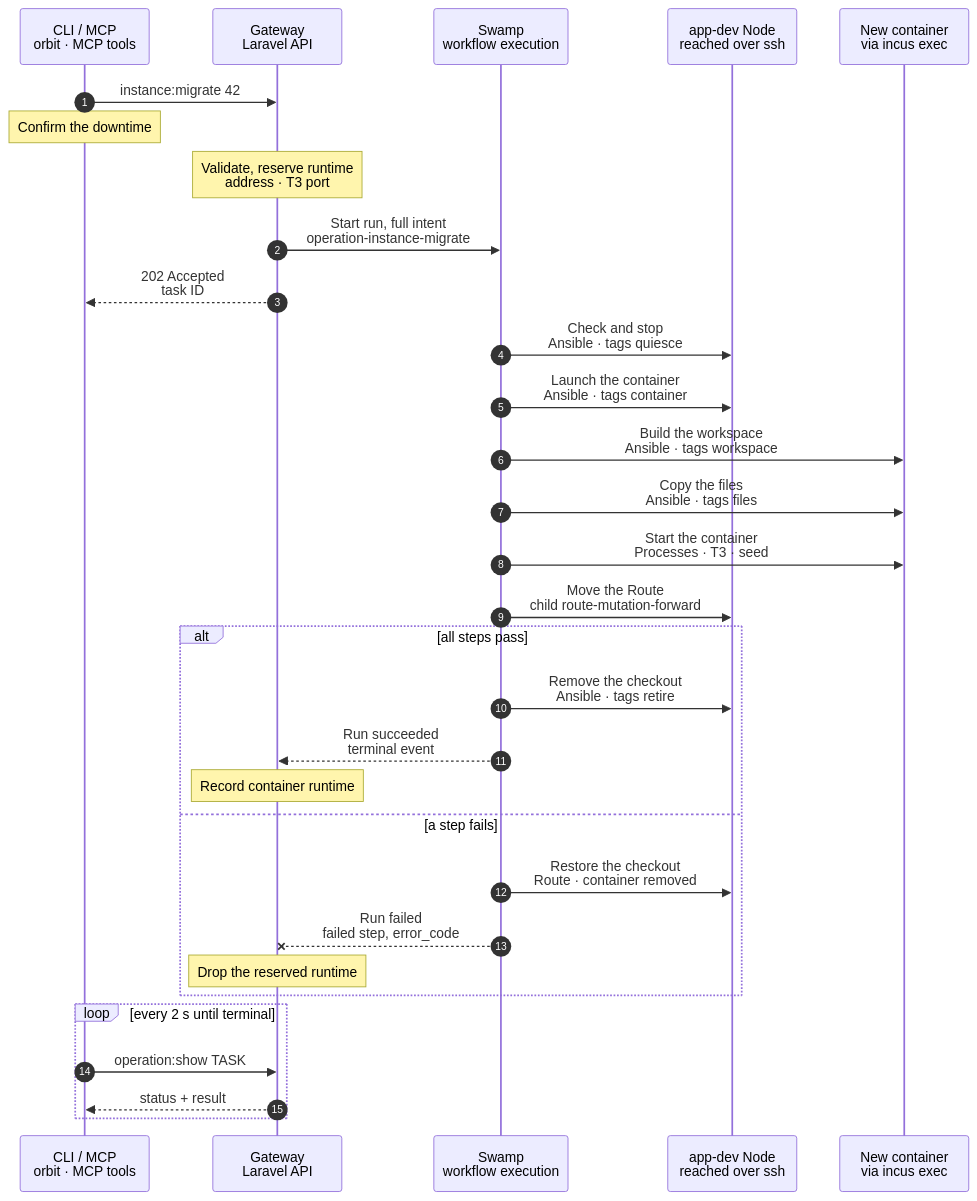
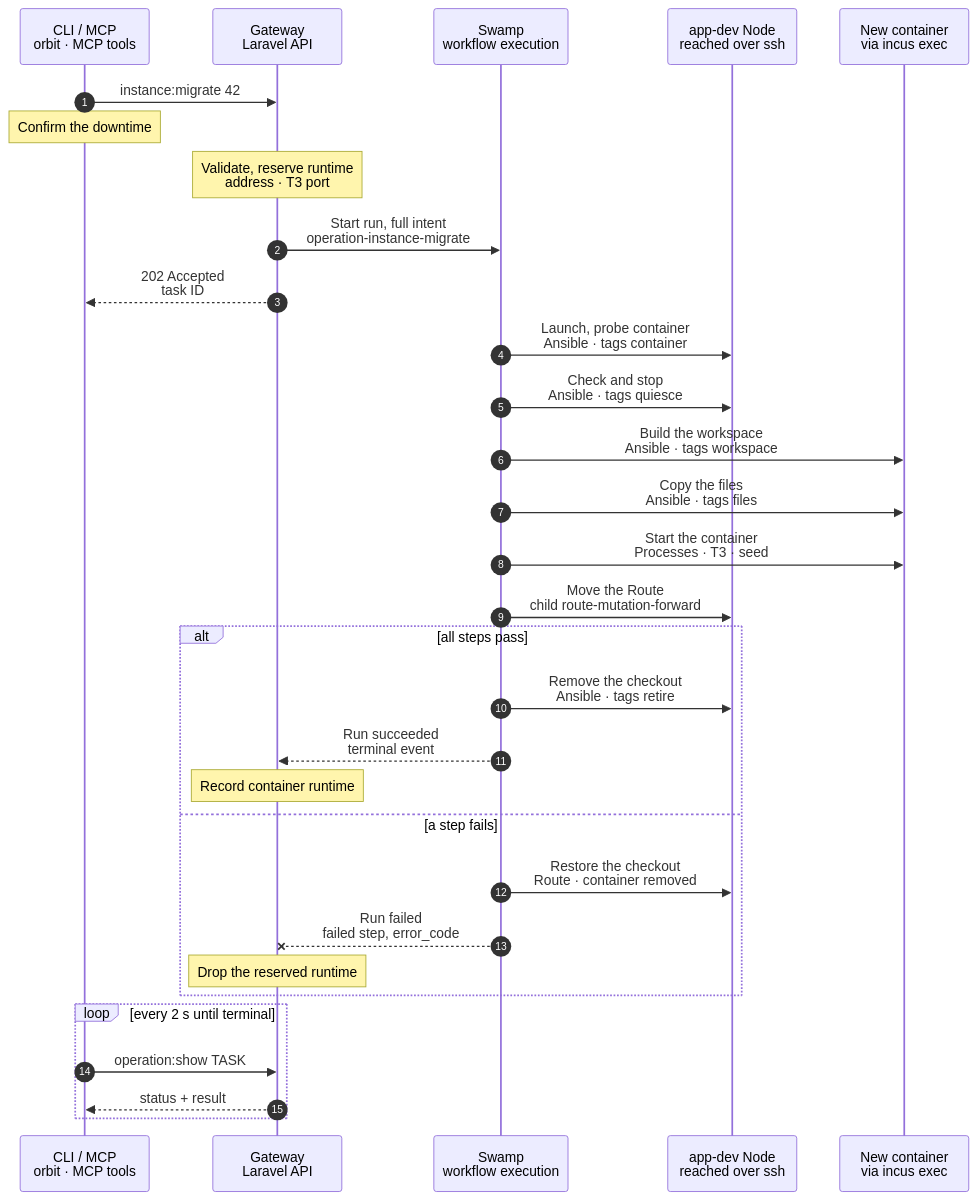
The diagram in docs/cli/instance/migrate.mmd (hardimpactdev/orbit), drawn with Mermaid before and after one commit. The commit also changed 3 other files, not shown here.

Commit message:
Specify NIC egress enforcement and probe migration targets before downtime

```diff
--- a/docs/cli/instance/migrate.mmd
+++ b/docs/cli/instance/migrate.mmd
@@ -1,96 +1,97 @@
 sequenceDiagram
   %% Container runtime (ADR 0250 step 8, docs/reference/development-containers.md#migrate-a-checkout-instance): one checkout Instance moves into a container, with its code. Its database stays where it is, and the container gets its own way to it. A default Instance moves before the other Instances of its Project, and keeps its checkout until its last worktree has moved. The command exists only until the last checkout Instance has moved (docs/reference/old-paths.md). The container steps are the phases of docs/cli/instance/container/create-default.mmd and create.mmd.
   %% status: draft
   %% command: instance:migrate
   %% kind: instance.migrate
   autonumber
   %% lane CLI icon=terminal pill=caller tone=gray
   %% lane GW icon=gateway pill=intent tone=blue
   %% lane SW icon=workflow pill=executes tone=green
   %% lane N icon=server pill=target tone=amber
   %% lane C icon=server pill=target tone=purple
   participant CLI as CLI / MCP<br/>orbit · MCP tools
   participant GW as Gateway<br/>Laravel API
   participant SW as Swamp<br/>workflow execution
   participant N as app-dev Node<br/>reached over ssh
   participant C as New container<br/>via incus exec
   CLI->>GW: instance:migrate 42
   %%> Command:
   %%> - `orbit instance:migrate INSTANCE`
   %%> - syntax: `<instance> [--force] [--idempotency-key=KEY] [--json]`
   Note over CLI: Confirm the downtime
   %%> What it asks:
   %%> - the Instance goes down during the move, and its checkout is deleted after it; `--force` answers yes
   Note over GW: Validate, reserve runtime<br/>address · T3 port
   %%> Requirements:
   %%> - the Instance is an active checkout Instance on an `app-dev` Node of the build list, else `instance.migrate_unsupported`
   %%> - a non-default Instance needs its Project's default Instance in a container first, else `instance.default_not_migrated`
   %%> - the Instance has only ordinary systemd Processes, no Node-bound presets, no unfinished deployment or Process operation/runtime cleanup and no Route beside its own; a non-default Instance needs Conn and the model router, as a clone does
   %%> - a web-serving Project names its PHP version; a missing version refuses with `project.source_defaults_incomplete`, naming `orbit project:update PROJECT --source-access=github_app` to record it from source
   %%> - a database on a Database server has an IPv4 address and a port, else `instance.database_clone_unsupported`
   %%> Result:
   %%> - the runtime record is reserved: the next bridge address and, for a non-default Instance, the lowest free T3 port
   %%> - the checkout stays the Instance's runtime until the Route has moved; the Route's Node is held for the run
   %%> - the Instance takes no deployment and no wake while the run lasts
   %%> - a non-default Instance's placeholder model key goes to the vault
   GW->>SW: Start run, full intent<br/>operation-instance-migrate
   GW-->>CLI: 202 Accepted<br/>task ID
+  SW->>N: Launch, probe container<br/>Ansible · tags container
+  %%> What it does:
+  %%> - before any Node change, checks the recorded branch and every planned retirement; a refusal leaves prior resources untouched
+  %%> - deletes a container that an earlier failed move left, then creates and starts the new container through the shared container phase
+  %%> - each attached target has an exact TCP allow in the NIC ACL; the bridge passes egress to that default-reject NIC policy
+  %%> - probes every attached target from inside the container before downtime, else `instance.database_unreachable`
+  %%> - fetches the branch from the checkout into the Node's mirror, including commits never pushed
   SW->>N: Check and stop<br/>Ansible · tags quiesce
   %%> What it does:
-  %%> - before any Node change, checks every planned retirement: no other worktree on its Git directory and no tracked or non-ignored untracked changes, else `instance.migrate_retirement_blocked`; the error names the checkout, blocking paths and total counts (first 20 per list)
-  %%> - checks that the checkout is on the recorded branch, else `instance.migrate_branch_changed`
-  %%> - deletes a container that an earlier failed move left
-  %%> - stops and disables the Instance's host Process units, then removes the awake marker so nothing writes the checkout or database during the move
-  SW->>N: Launch the container<br/>Ansible · tags container
-  %%> What it does:
-  %%> - creates the container from the image with its bridge address and ACL, and starts it
-  %%> - a database on a Database server: the ACL and a firewall rule on the Node let the container reach the server's port
-  %%> - fetches the Instance's branch from the checkout into the Node's mirror, with its commits that were never pushed
+  %%> - repeats the branch and retirement checks before stopping writers
+  %%> - stops and disables the host Process units, then removes the awake marker
+  %%> - records that quiesce began, so a failure before it never restarts host units or rewrites the awake marker
   SW->>C: Build the workspace<br/>Ansible · tags workspace
   %%> What it does:
   %%> - pushes the branch in as a bundle and checks it out in a standalone repository in `/srv/workspace`
   %%> - a non-default checkout is a linked worktree, so its `.git` is never copied
   SW->>C: Copy the files<br/>Ansible · tags files
   %%> What it does:
   %%> - copies every file that differs from the commit, every untracked file and every ignored file, `.env` among them
   %%> - removes the tracked files that the checkout deleted, and rewrites the checkout's path in `.env` to `/srv/workspace`
-  %%> - checks that the container reaches its database server, else `instance.database_unreachable`
   %%> - a non-default Instance gets the proxy device that publishes its T3 port
   SW->>C: Start the container<br/>Processes · T3 · seed
   %%> What it does:
   %%> - starts FrankenPHP and the Instance's existing Processes as `orbit`, with the same ids and desired states; their environment files come through the vault
   %%> - a non-default Instance gets `/etc/orbit/instance`, the agent settings and its T3 server, registered as in create
   %%> - a default Instance gets its first `seed-<commit>` snapshot
   SW->>N: Move the Route<br/>child route-mutation-forward
   %%> What it does:
   %%> - points the Instance's Route at FrankenPHP in the container, and withdraws the checkout's PHP-FPM pool
   alt all steps pass
     SW->>N: Remove the checkout<br/>Ansible · tags retire
     %%> What it does:
     %%> - repeats the same retirement check before archiving or deleting any checkout; a new blocker leaves the container serving and the checkout intact
     %%> - removes the old host Process units and their environment folders, then removes the checkout and writes the awake marker; a default's checkout stays until its last worktree has moved
     %%> - before a repository goes, its local branches and every stash entry are kept in the Node's mirror under `refs/migrated/`
     %%> If it fails:
     %%> - the container stays the Instance; the run fails with `instance.migrate_retire_failed`, and the checkout is left to remove by hand
     SW-->>GW: Run succeeded<br/>terminal event
     Note over GW: Record container runtime
     %%> Result:
     %%> - the Instance's workspace is the container's; the runtime runs, a default's row holds its seed commit
     %%> - a SQLite file moved with the files, so its connection record goes; stored `.env` values follow the new path
     %%> - the Conn layer records a non-default Instance's T3 server from the result
   else a step fails
     SW->>N: Restore the checkout<br/>Route · container removed
     %%> What it does:
     %%> - puts the Route back on the checkout when the run had moved it
     %%> - deletes the new container, its ACL, its firewall rules and its mirror, and writes the awake marker
-    %%> - restores the host Process units to their recorded desired states; the checkout and database remain in place
+    %%> - restores host Process units and the awake marker only when quiesce began; an unreachable target causes zero downtime
+    %%> - the checkout and database remain in place
     SW--xGW: Run failed<br/>failed step, error_code
     Note over GW: Drop the reserved runtime
     %%> Retry:
     %%> - run the same command again; it starts with a new container
     %%> - a restore that failed keeps the reserved record and its address, and names the failed step
   end
   loop every 2 s until terminal
     CLI->>GW: operation:show TASK
     GW-->>CLI: status + result
   end
```
